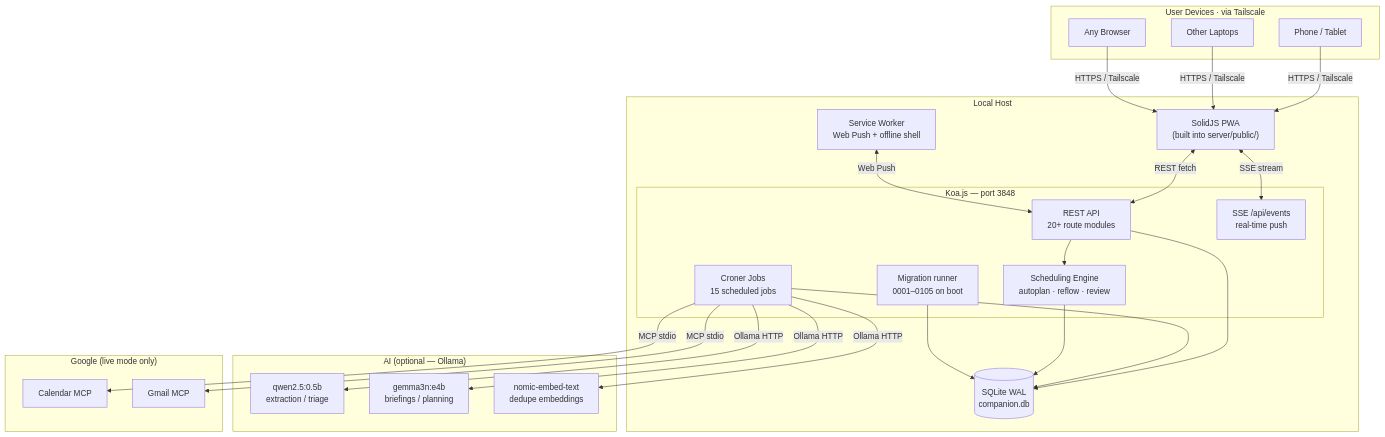
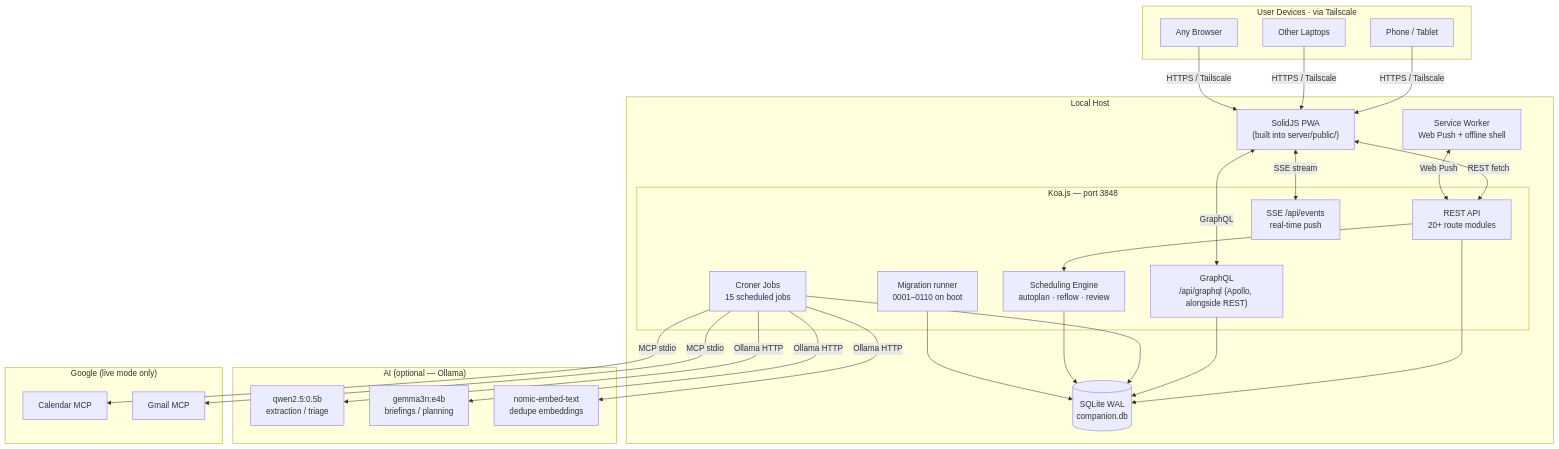
One commit to companionintelligence/CI-Planning changed the first of 6 diagrams in ARCHITECTURE.md. Above: the diagram before and after it, drawn with Mermaid. The commit also changed other lines of this file and 3 other files, not shown here.

````diff
--- a/ARCHITECTURE.md
+++ b/ARCHITECTURE.md
@@ -38,49 +41,52 @@
 ```mermaid
 graph TB
     subgraph Devices["User Devices · via Tailscale"]
         Phone["Phone / Tablet"]
         Laptop["Other Laptops"]
         Browser["Any Browser"]
     end
 
     subgraph Host["Local Host"]
         subgraph Koa["Koa.js — port 3848"]
             API["REST API<br/>20+ route modules"]
+            GQL["GraphQL<br/>/api/graphql (Apollo, alongside REST)"]
             SSE["SSE /api/events<br/>real-time push"]
             Engine["Scheduling Engine<br/>autoplan · reflow · review"]
             Cron["Croner Jobs<br/>15 scheduled jobs"]
-            Migrate["Migration runner<br/>0001–0105 on boot"]
+            Migrate["Migration runner<br/>0001–0110 on boot"]
         end
         FE["SolidJS PWA<br/>(built into server/public/)"]
         SW["Service Worker<br/>Web Push + offline shell"]
         DB[("SQLite WAL<br/>companion.db")]
     end
 
     subgraph AI["AI (optional — Ollama)"]
         Small["qwen2.5:0.5b<br/>extraction / triage"]
         Medium["gemma3n:e4b<br/>briefings / planning"]
         Embed["nomic-embed-text<br/>dedupe embeddings"]
     end
 
     subgraph Google["Google (live mode only)"]
         GCal["Calendar MCP"]
         Gmail["Gmail MCP"]
     end
 
     Phone -->|HTTPS / Tailscale| FE
     Laptop -->|HTTPS / Tailscale| FE
     Browser -->|HTTPS / Tailscale| FE
     FE <-->|REST fetch| API
+    FE <-->|GraphQL| GQL
     FE <-->|SSE stream| SSE
     SW <-->|Web Push| API
     API --> Engine
     API --> DB
+    GQL --> DB
     Cron --> DB
     Cron -->|Ollama HTTP| Small
     Cron -->|Ollama HTTP| Medium
     Cron -->|Ollama HTTP| Embed
     Cron -->|MCP stdio| GCal
     Cron -->|MCP stdio| Gmail
     Engine --> DB
     Migrate --> DB
 ```
````
